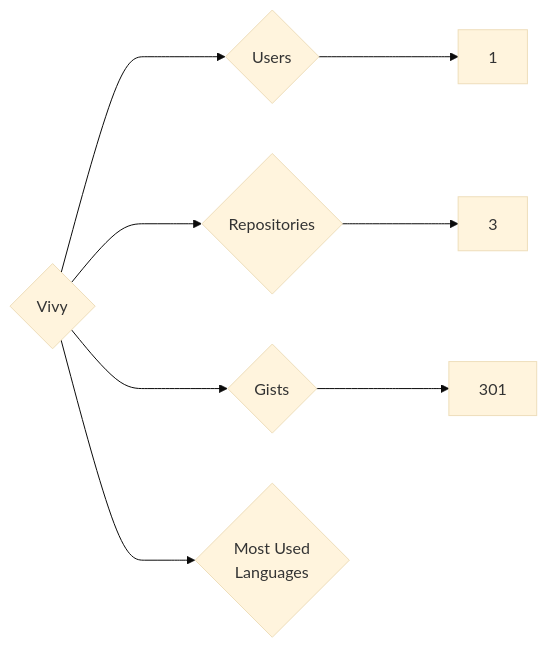
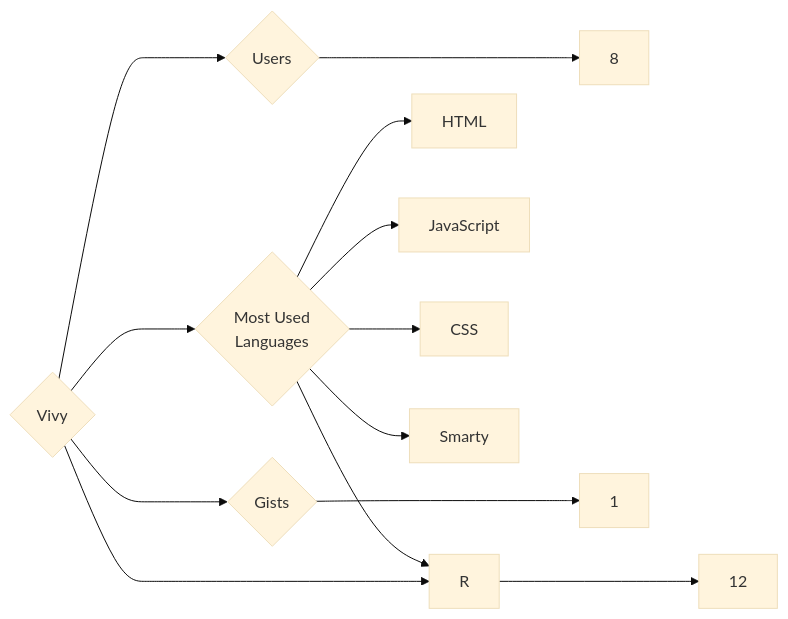
One commit to trickest/insiders changed the diagram in targets/Vivy/README.md. Above: the diagram before and after it, drawn with Mermaid (base theme). The commit also changed 920 other files, not shown here.

````diff
--- a/targets/Vivy/README.md
+++ b/targets/Vivy/README.md
@@ -3,8 +3,13 @@
 ```mermaid
 graph LR
 COMPANY_NAME{Vivy}
-COMPANY_NAME ---> U{Users} ---> UN[1]
-COMPANY_NAME ---> R{Repositories} ---> RN[3]
-COMPANY_NAME ---> G{Gists} ---> GN[301]
+COMPANY_NAME ---> U{Users} ---> UN[8]
+COMPANY_NAME ---> R{Repositories} ---> RN[12]
+COMPANY_NAME ---> G{Gists} ---> GN[1]
 COMPANY_NAME ---> ML{Most Used<br>Languages}
+ML --> HTML[HTML]
+ML --> R[R]
+ML --> JavaScript[JavaScript]
+ML --> CSS[CSS]
+ML --> Smarty[Smarty]
 ```
````
